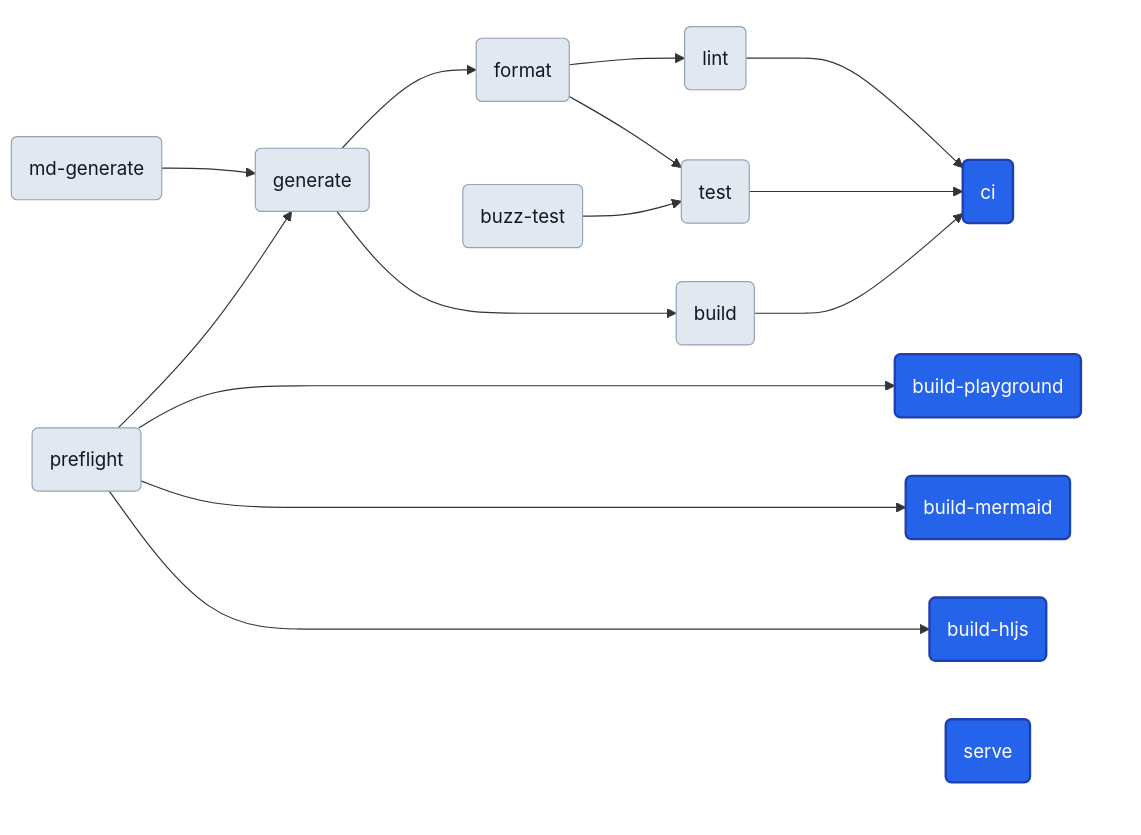
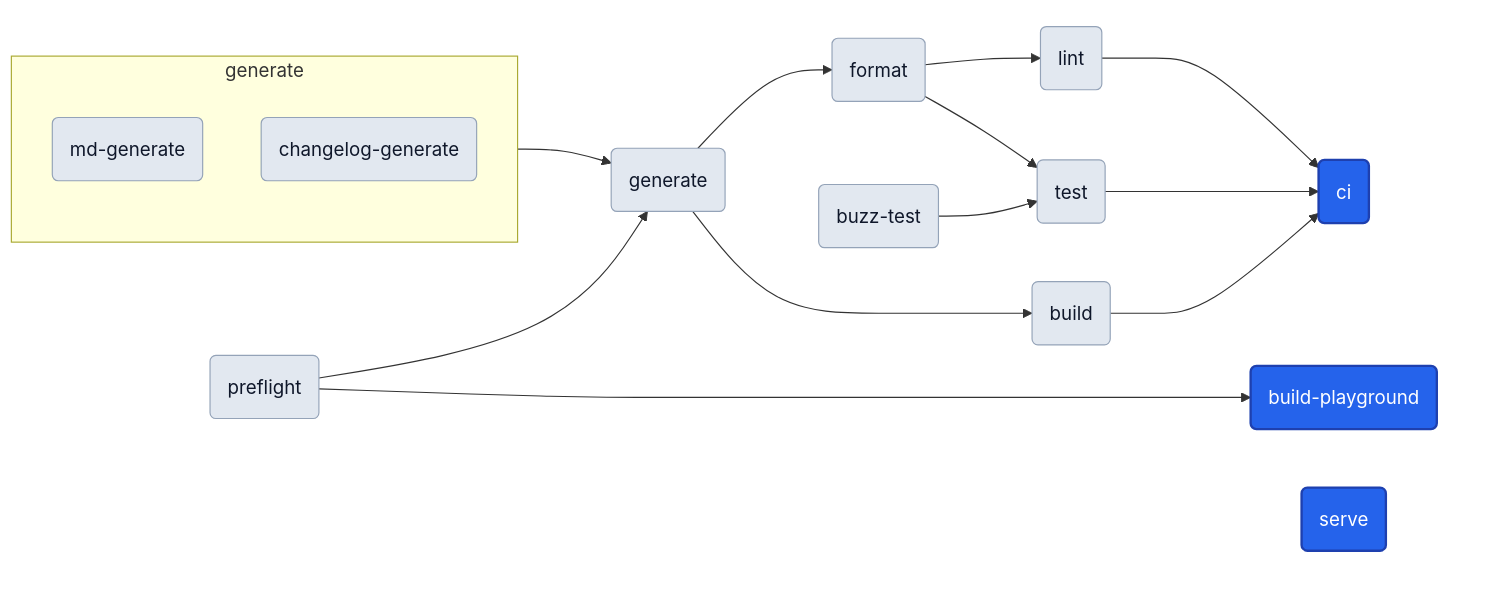
One commit to egladman/magus changed the second of 2 diagrams in website/MAGUS.md. Above: the diagram before and after it, drawn with Mermaid. The commit also changed other lines of this file and 8 other files, not shown here.

````diff
--- a/website/MAGUS.md
+++ b/website/MAGUS.md
@@ -89,42 +89,41 @@
 ```mermaid
 ---
 config:
   flowchart:
     nodeSpacing: 50
     rankSpacing: 80
 ---
 graph LR
+  subgraph stage_generate["generate"]
+    md_generate("md-generate")
+    changelog_generate("changelog-generate")
+  end
   subgraph entry_cluster[" "]
     ci("ci")
     build_playground("build-playground")
-    build_mermaid("build-mermaid")
-    build_hljs("build-hljs")
     serve("serve")
   end
   preflight("preflight")
-  md_generate("md-generate")
   generate("generate")
   format("format")
   lint("lint")
   build("build")
   buzz_test("buzz-test")
   test("test")
   preflight --> generate
-  md_generate --> generate
+  stage_generate --> generate
   generate --> format
   format --> lint
   generate --> build
   format --> test
   buzz_test --> test
   lint --> ci
   build --> ci
   test --> ci
   preflight --> build_playground
-  preflight --> build_mermaid
-  preflight --> build_hljs
   classDef anchor fill:#2563eb,color:#ffffff,stroke:#1e40af,stroke-width:2px
   classDef target fill:#e2e8f0,color:#0f172a,stroke:#94a3b8
-  class build_hljs,build_mermaid,build_playground,ci,serve anchor
-  class build,buzz_test,format,generate,lint,md_generate,preflight,test target
+  class build_playground,ci,serve anchor
+  class build,buzz_test,changelog_generate,format,generate,lint,md_generate,preflight,test target
   style entry_cluster fill:transparent,stroke:transparent
 ```
````
